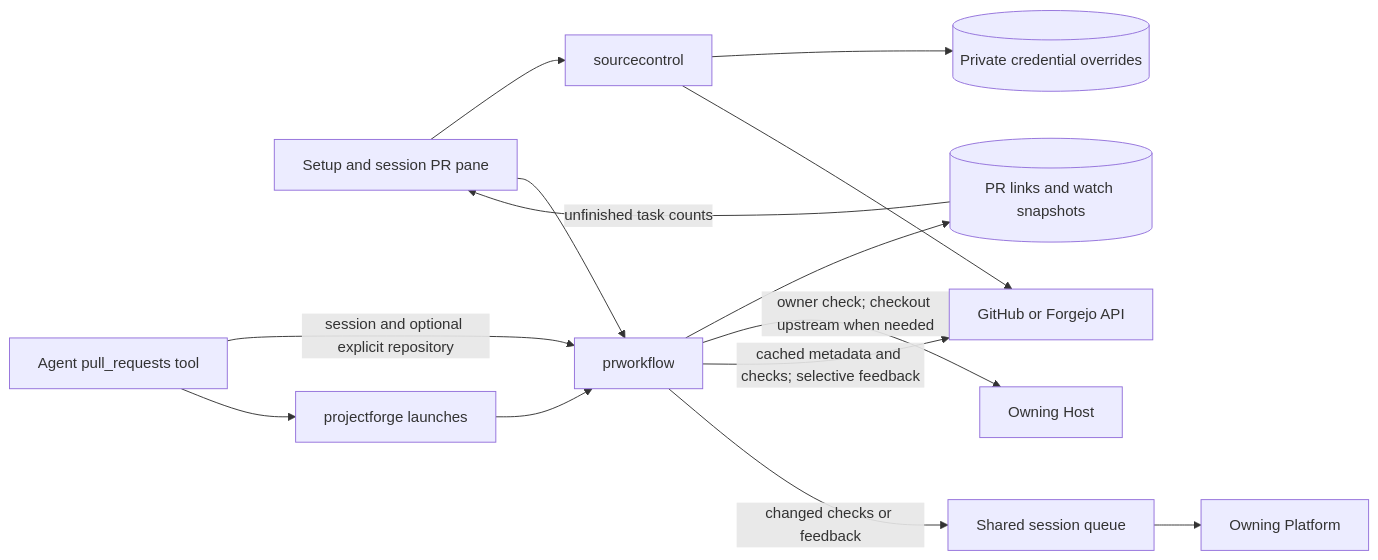
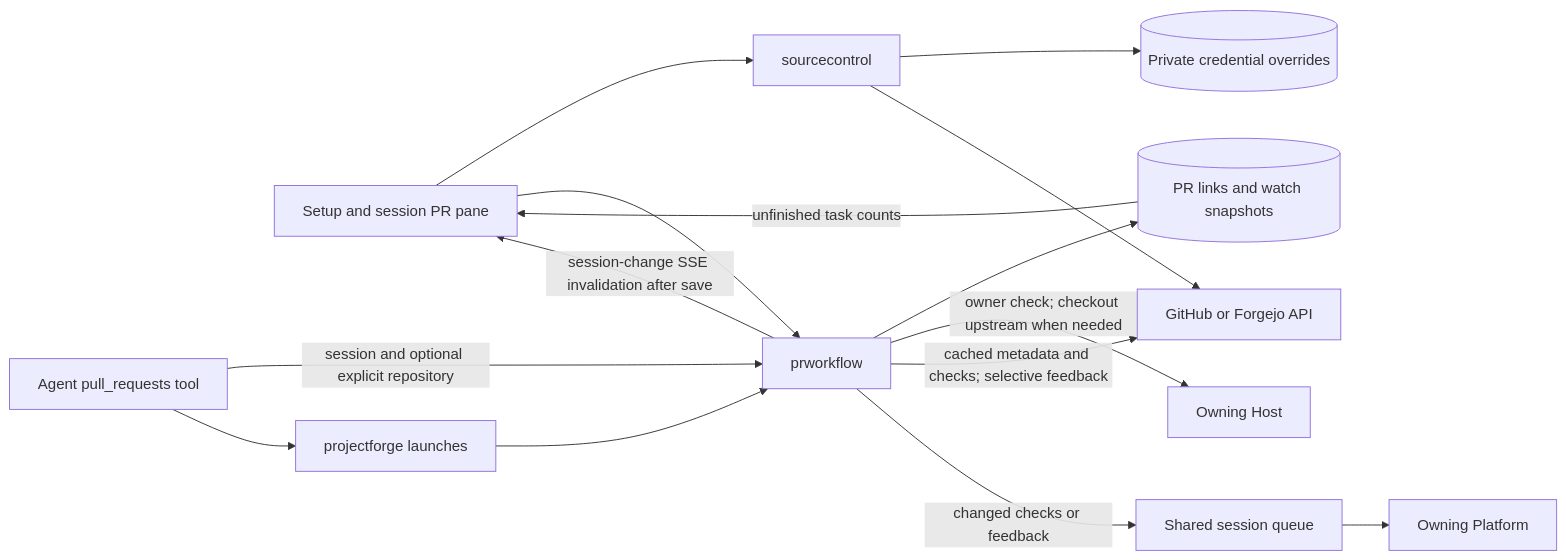
The diagram in docs/features/pull-requests.md (ocman/ocman), drawn with Mermaid before and after one commit. The commit also changed other lines of this file and 14 other files, not shown here.

````diff
--- a/docs/features/pull-requests.md
+++ b/docs/features/pull-requests.md
@@ -130,16 +130,17 @@
 ```mermaid
 flowchart LR
     UI[Setup and session PR pane] --> Setup[sourcecontrol]
     UI --> Workflow[prworkflow]
     MCP[Agent pull_requests tool] -->|session and optional explicit repository| Workflow
     MCP --> Launch
     Launch[projectforge launches] --> Workflow
     Setup --> Credentials[(Private credential overrides)]
     Workflow --> Links[(PR links and watch snapshots)]
     Links -->|unfinished task counts| UI
+    Workflow -->|session-change SSE invalidation after save| UI
     Workflow -->|owner check; checkout upstream when needed| Host[Owning Host]
     Workflow -->|cached metadata and checks; selective feedback| Forge[GitHub or Forgejo API]
     Setup --> Forge
     Workflow -->|changed checks or feedback| Queue[Shared session queue]
     Queue --> Platform[Owning Platform]
 ```
````
